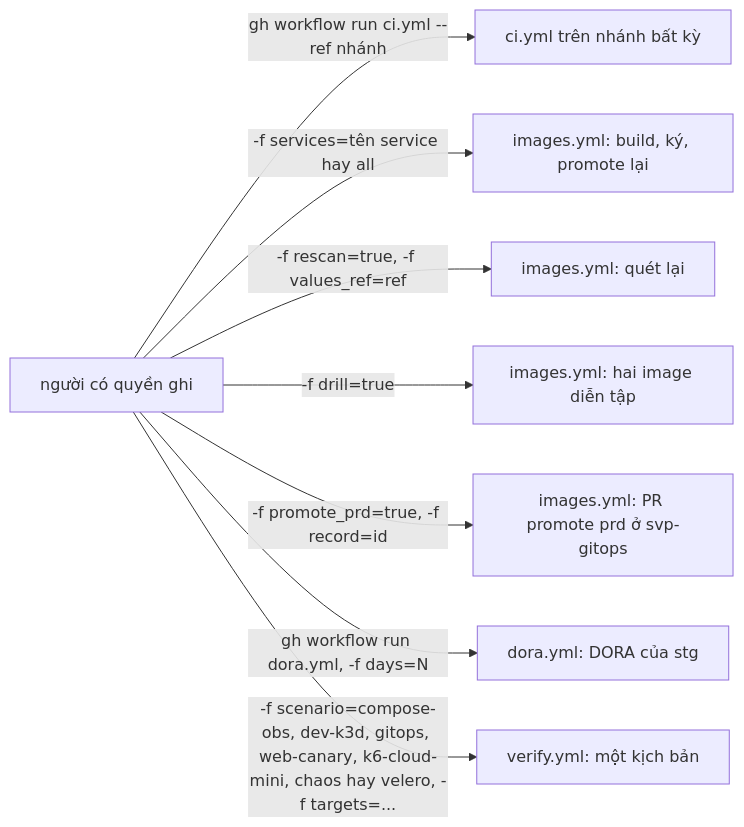
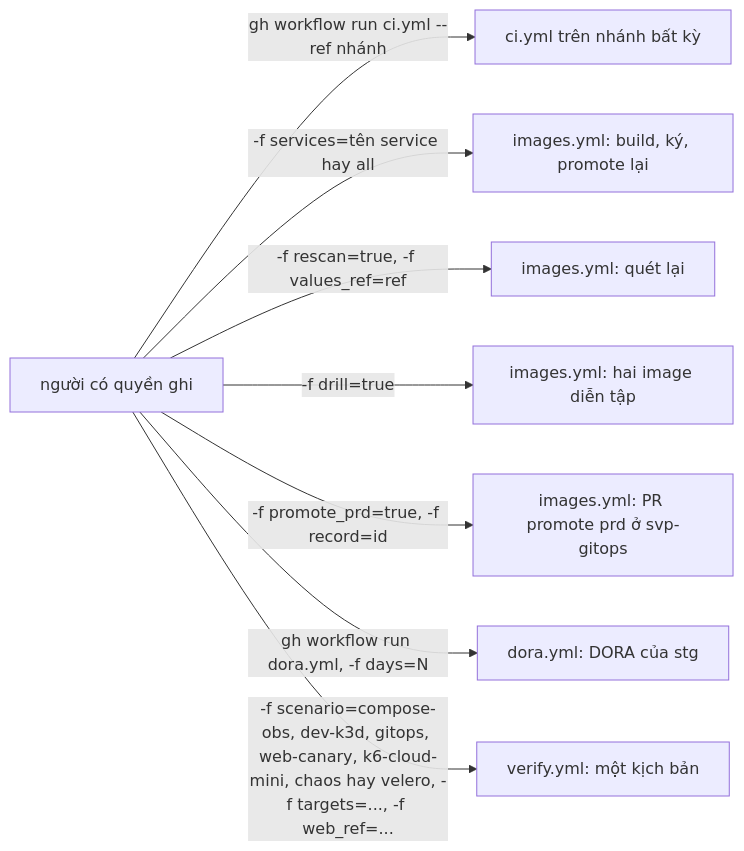
Before and after one commit to anhnvcoder/short-video-platform: the fourth of 5 diagrams in docs/ci-cd.md, drawn with Mermaid. The commit also changed other lines of this file and 64 other files, not shown here.

````diff
--- a/docs/ci-cd.md
+++ b/docs/ci-cd.md
@@ -111,11 +119,11 @@
 ```mermaid
 flowchart LR
     who["người có quyền ghi"]
     who -->|"gh workflow run ci.yml --ref nhánh"| ci["ci.yml trên nhánh bất kỳ"]
     who -->|"-f services=tên service hay all"| b["images.yml: build, ký, promote lại"]
     who -->|"-f rescan=true, -f values_ref=ref"| r["images.yml: quét lại"]
     who -->|"-f drill=true"| d["images.yml: hai image diễn tập"]
     who -->|"-f promote_prd=true, -f record=id"| p["images.yml: PR promote prd ở svp-gitops"]
     who -->|"gh workflow run dora.yml, -f days=N"| m["dora.yml: DORA của stg"]
-    who -->|"-f scenario=compose-obs, dev-k3d, gitops, web-canary, k6-cloud-mini, chaos hay velero, -f targets=..."| v["verify.yml: một kịch bản"]
+    who -->|"-f scenario=compose-obs, dev-k3d, gitops, web-canary, k6-cloud-mini, chaos hay velero, -f targets=..., -f web_ref=..."| v["verify.yml: một kịch bản"]
 ```
````
